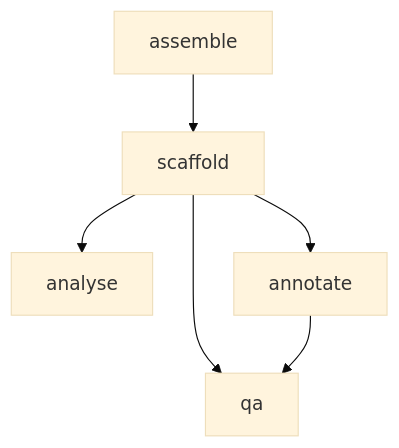
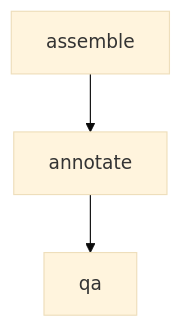
One commit to dirkjanvw/MoGAAAP changed the diagram in README.md. Above: the diagram before and after it, drawn with Mermaid (base theme). The commit also changed other lines of this file and 38 other files, not shown here.

````diff
--- a/README.md
+++ b/README.md
@@ -206,8 +204,5 @@
 ```mermaid
 graph TD;
-    assemble-->scaffold;
-    scaffold-->analyse;
-    scaffold-->annotate;
-    scaffold-->qa;
+    assemble-->annotate;
     annotate-->qa;
 ```
````
